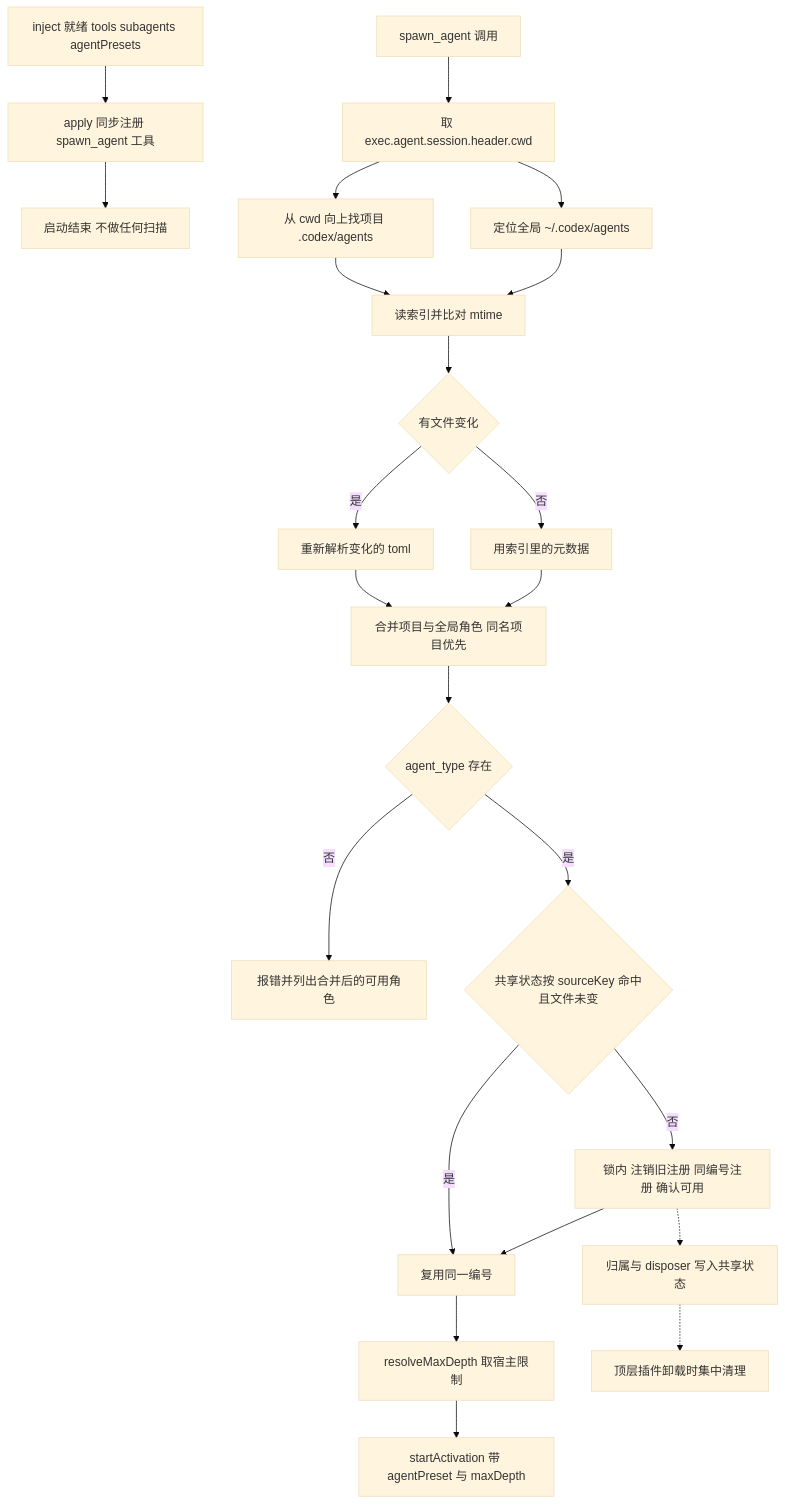
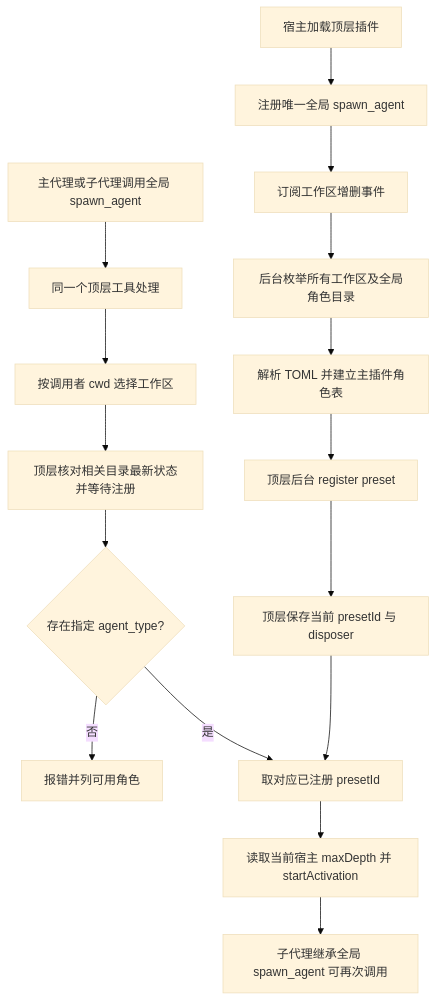
The diagram in plan/dsh-codex-agents.md (RekiDunois/dsh-codex-agents), drawn with Mermaid (base theme) before and after one commit. The commit also changed other lines of this file, not shown here.

Commit message:
docs(plan): v9 host-owned preset discovery and registration

````diff
--- a/plan/dsh-codex-agents.md
+++ b/plan/dsh-codex-agents.md
@@ -225,26 +74,18 @@
 ```mermaid
 flowchart TD
-    A[inject 就绪 tools subagents agentPresets] --> B[apply 同步注册 spawn_agent 工具]
-    B --> C[启动结束 不做任何扫描]
-
-    D[spawn_agent 调用] --> E[取 exec.agent.session.header.cwd]
-    E --> F[从 cwd 向上找项目 .codex/agents]
-    E --> G[定位全局 ~/.codex/agents]
-    F --> H[读索引并比对 mtime]
-    G --> H
-    H --> I{有文件变化}
-    I -->|是| J[重新解析变化的 toml]
-    I -->|否| K[用索引里的元数据]
-    J --> L[合并项目与全局角色 同名项目优先]
-    K --> L
-    L --> M{agent_type 存在}
-    M -->|否| N[报错并列出合并后的可用角色]
-    M -->|是| O{共享状态按 sourceKey 命中且文件未变}
-    O -->|是| Q[复用同一编号]
-    O -->|否| P[锁内 注销旧注册 同编号注册 确认可用]
-    P --> Q
-    Q --> S[resolveMaxDepth 取宿主限制]
-    S --> R[startActivation 带 agentPreset 与 maxDepth]
-    P -.-> T[归属与 disposer 写入共享状态]
-    T -.-> U[顶层插件卸载时集中清理]
+  A[宿主加载顶层插件] --> B[注册唯一全局 spawn_agent]
+  B --> C[订阅工作区增删事件]
+  C --> D[后台枚举所有工作区及全局角色目录]
+  D --> E[解析 TOML 并建立主插件角色表]
+  E --> F[顶层后台 register preset]
+  F --> G[顶层保存当前 presetId 与 disposer]
+  H[主代理或子代理调用全局 spawn_agent] --> I[同一个顶层工具处理]
+  I --> J[按调用者 cwd 选择工作区]
+  J --> K[顶层核对相关目录最新状态并等待注册]
+  K --> L{存在指定 agent_type?}
+  L -->|否| M[报错并列可用角色]
+  L -->|是| N[取对应已注册 presetId]
+  G --> N
+  N --> O[读取当前宿主 maxDepth 并 startActivation]
+  O --> P[子代理继承全局 spawn_agent 可再次调用]
 ```
````
